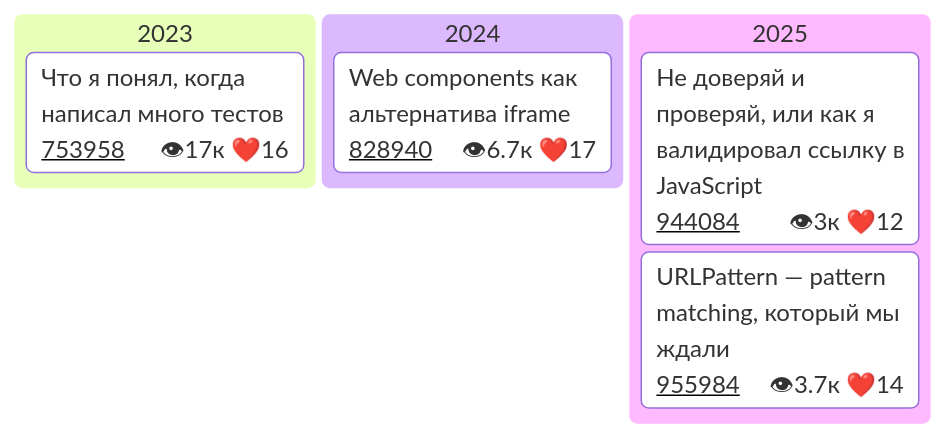
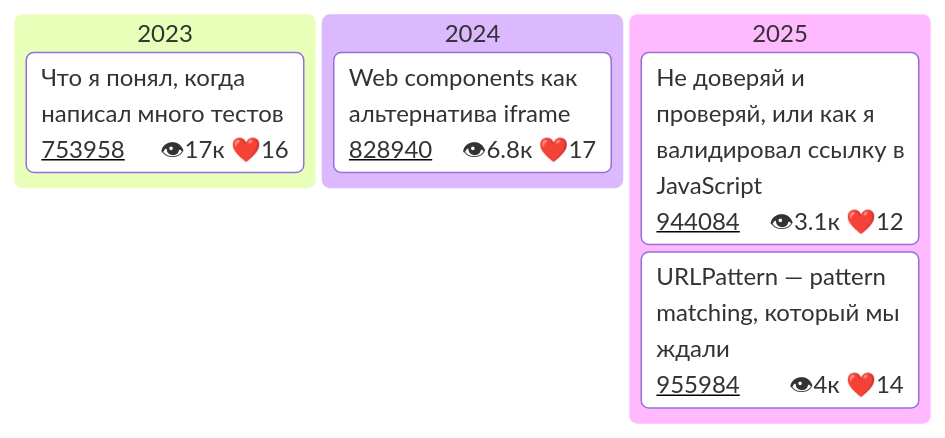
The fourth of 4 diagrams in README.md (Goodzonchik/Goodzonchik), drawn with Mermaid before and after one commit.

````diff
--- a/README.md
+++ b/README.md
@@ -51,28 +51,28 @@
 ```mermaid
 ---
 config:
   kanban:
     ticketBaseUrl: 'https://habr.com/ru/companies/tbank/articles/#TICKET#'
 
 ---
 kanban
   2023
     card1["Что я понял, когда написал много тестов"]@{
       ticket: 753958
       assigned: 👁17к ❤️16
     }
   2024
     card2["Web components как альтернатива iframe"]@{
       ticket: 828940
-      assigned: 👁6.7к ❤️17
+      assigned: 👁6.8к ❤️17
     }
   2025
     card3["Не доверяй и проверяй, или как я валидировал ссылку в JavaScript"]@{
       ticket: 944084
-      assigned: 👁3к ❤️12
+      assigned: 👁3.1к ❤️12
     }
    card4["URLPattern — pattern matching, который мы ждали"]@{
       ticket: 955984
-      assigned: 👁3.7к ❤️14
+      assigned: 👁4к ❤️14
     }
 ```
````
